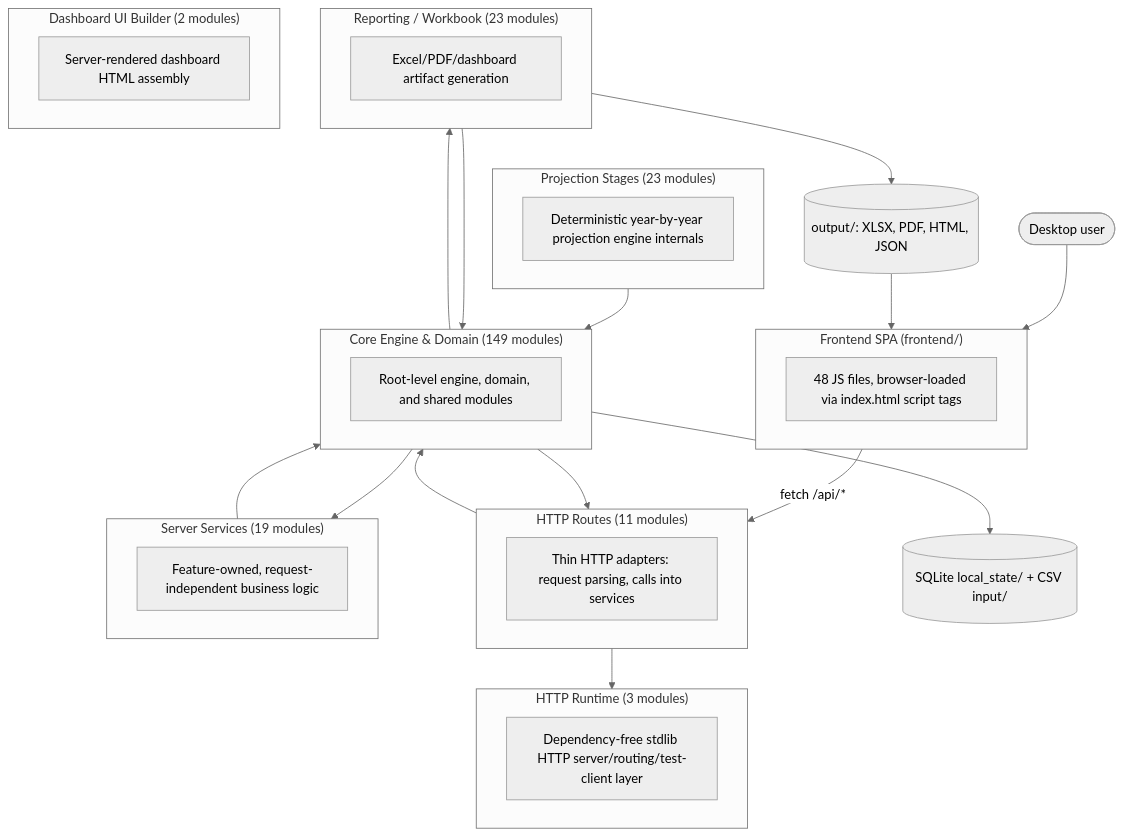
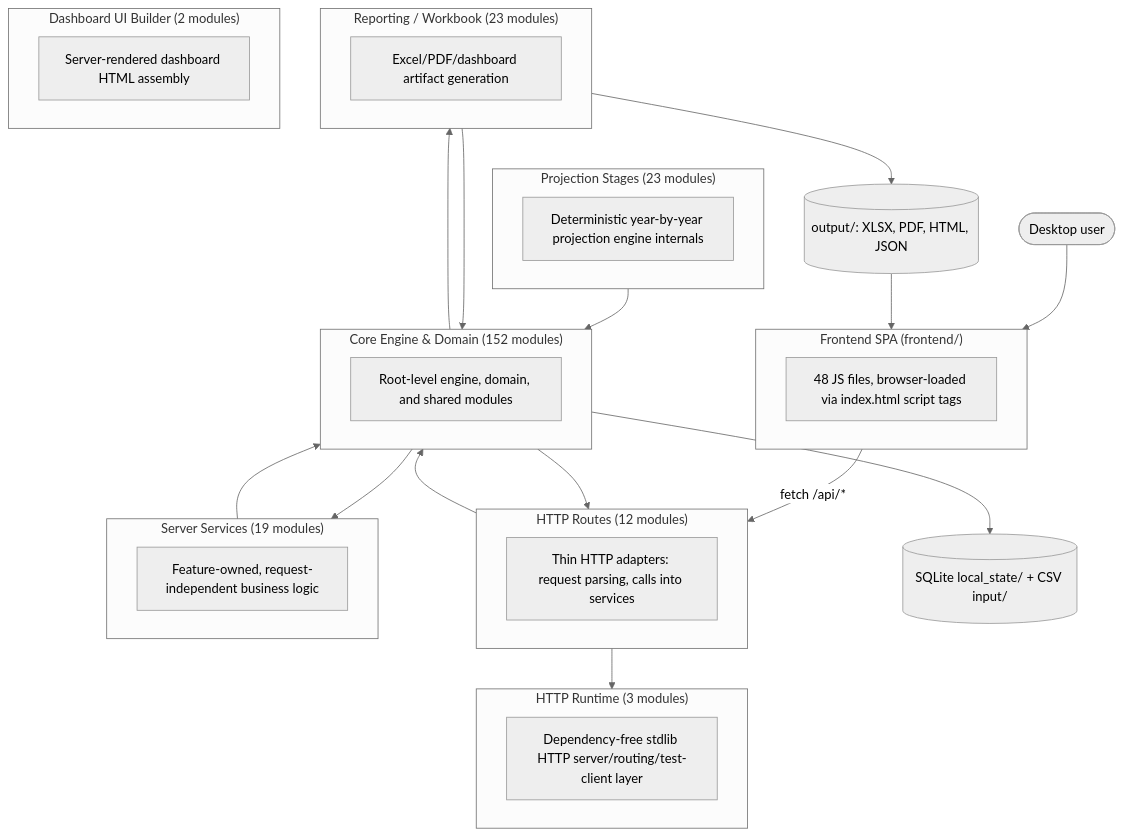
One commit to matthartzman/retirement_system changed the first of 2 diagrams in documentation/reference/SYSTEM_ARCHITECTURE_DIAGRAM.md. Above: the diagram before and after it, drawn with Mermaid (neutral theme). The commit also changed other lines of this file, not shown here.

First line of the commit message:
WP9.3: regenerate architecture diagram

````diff
--- a/documentation/reference/SYSTEM_ARCHITECTURE_DIAGRAM.md
+++ b/documentation/reference/SYSTEM_ARCHITECTURE_DIAGRAM.md
@@ -11,40 +11,40 @@
 ```mermaid
 flowchart TB
     User(["Desktop user"]) --> FE
     subgraph FE["Frontend SPA (frontend/)"]
         FEcount["48 JS files, browser-loaded via index.html script tags"]
     end
     FE -->|fetch /api/*| L_HTTP_Routes
-    subgraph L_HTTP_Routes["HTTP Routes (11 modules)"]
+    subgraph L_HTTP_Routes["HTTP Routes (12 modules)"]
         L_HTTP_Routes_d["Thin HTTP adapters: request parsing, calls into services"]
     end
     subgraph L_Server_Services["Server Services (19 modules)"]
         L_Server_Services_d["Feature-owned, request-independent business logic"]
     end
     subgraph L_HTTP_Runtime["HTTP Runtime (3 modules)"]
         L_HTTP_Runtime_d["Dependency-free stdlib HTTP server/routing/test-client layer"]
     end
-    subgraph L_Core_Engine___Domain["Core Engine & Domain (149 modules)"]
+    subgraph L_Core_Engine___Domain["Core Engine & Domain (152 modules)"]
         L_Core_Engine___Domain_d["Root-level engine, domain, and shared modules"]
     end
     subgraph L_Projection_Stages["Projection Stages (23 modules)"]
         L_Projection_Stages_d["Deterministic year-by-year projection engine internals"]
     end
     subgraph L_Reporting___Workbook["Reporting / Workbook (23 modules)"]
         L_Reporting___Workbook_d["Excel/PDF/dashboard artifact generation"]
     end
     subgraph L_Dashboard_UI_Builder["Dashboard UI Builder (2 modules)"]
         L_Dashboard_UI_Builder_d["Server-rendered dashboard HTML assembly"]
     end
     L_Core_Engine___Domain --> L_HTTP_Routes
     L_Core_Engine___Domain --> L_Reporting___Workbook
     L_Core_Engine___Domain --> L_Server_Services
     L_HTTP_Routes --> L_Core_Engine___Domain
     L_HTTP_Routes --> L_HTTP_Runtime
     L_Projection_Stages --> L_Core_Engine___Domain
     L_Reporting___Workbook --> L_Core_Engine___Domain
     L_Server_Services --> L_Core_Engine___Domain
     L_Core_Engine___Domain --> DB[("SQLite local_state/ + CSV input/")]
     L_Reporting___Workbook --> Outputs[("output/: XLSX, PDF, HTML, JSON")]
     Outputs --> FE
 ```
````
